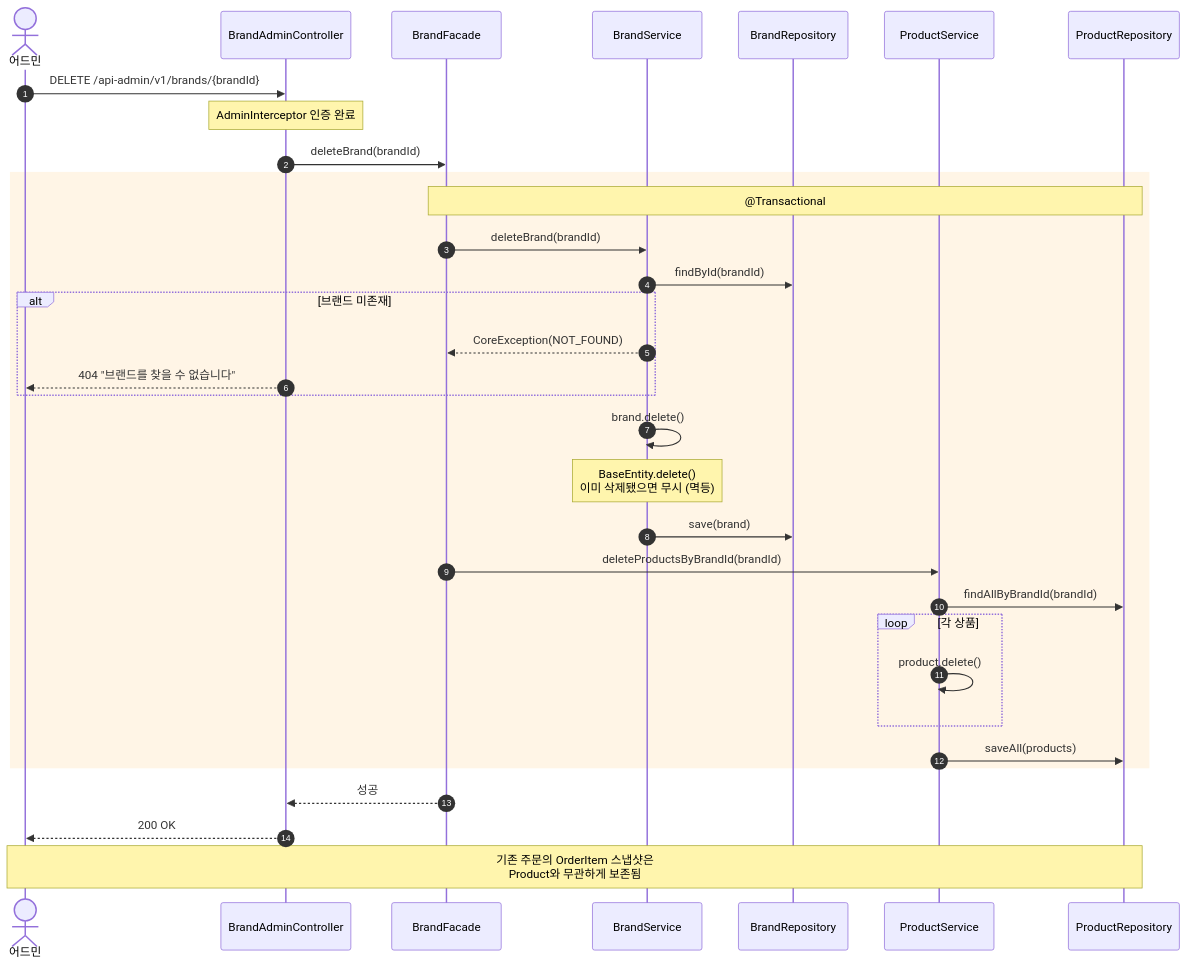
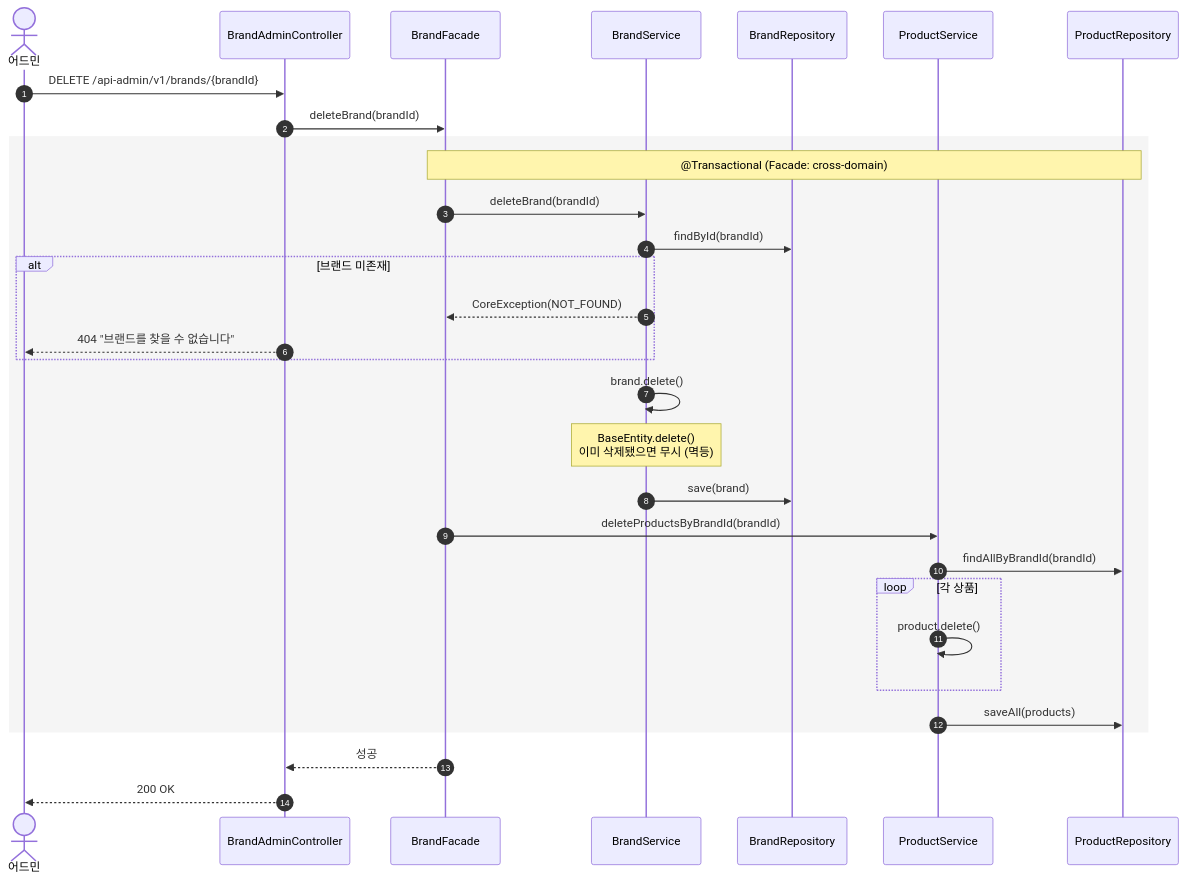
Before and after one commit to Loopers-dev-lab/loop-pack-be-l2-vol3-kotlin: the eighth of 21 diagrams in docs/design/02-sequence-diagrams.md, drawn with Mermaid. The commit also changed other lines of this file and 5 other files, not shown here.

````diff
--- a/docs/design/02-sequence-diagrams.md
+++ b/docs/design/02-sequence-diagrams.md
@@ -250,39 +256,37 @@
 ```mermaid
 sequenceDiagram
     autonumber
     actor Admin as 어드민
     participant C as BrandAdminController
     participant F as BrandFacade
     participant BS as BrandService
     participant BR as BrandRepository
     participant PS as ProductService
     participant PR as ProductRepository
     Admin ->> C: DELETE /api-admin/v1/brands/{brandId}
-    Note over C: AdminInterceptor 인증 완료
     C ->> F: deleteBrand(brandId)
 
-    rect rgb(255, 245, 230)
-        Note over F, PR: @Transactional
+    rect rgb(245, 245, 245)
+        Note over F, PR: @Transactional (Facade: cross-domain)
         F ->> BS: deleteBrand(brandId)
         BS ->> BR: findById(brandId)
 
         alt 브랜드 미존재
             BS -->> F: CoreException(NOT_FOUND)
             C -->> Admin: 404 "브랜드를 찾을 수 없습니다"
         end
 
         BS ->> BS: brand.delete()
         Note over BS: BaseEntity.delete()<br/>이미 삭제됐으면 무시 (멱등)
         BS ->> BR: save(brand)
         F ->> PS: deleteProductsByBrandId(brandId)
         PS ->> PR: findAllByBrandId(brandId)
         loop 각 상품
             PS ->> PS: product.delete()
         end
         PS ->> PR: saveAll(products)
     end
 
     F -->> C: 성공
     C -->> Admin: 200 OK
-    Note over Admin, PR: 기존 주문의 OrderItem 스냅샷은<br/>Product와 무관하게 보존됨
 ```
````
